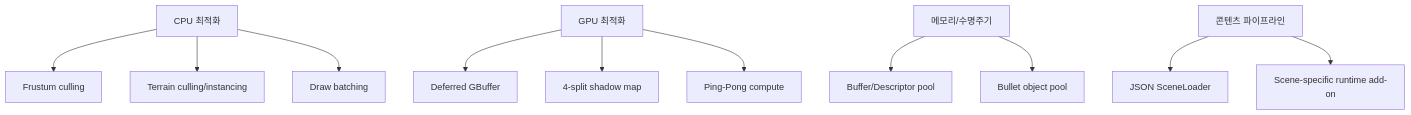
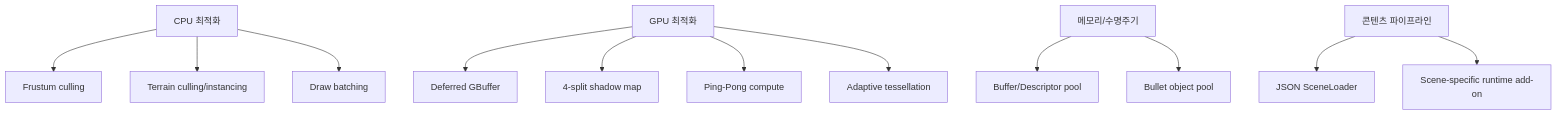
Diagram 25 of 25 in docs/CatchAndCook_Logic_Render_Analysis.md (jinhyeonseo01/CatchAndCook), drawn with Mermaid before and after one commit. The commit also changed other lines of this file and 1 other file, not shown here.

Commit message:
Flow 문서 정리

````diff
--- a/docs/CatchAndCook_Logic_Render_Analysis.md
+++ b/docs/CatchAndCook_Logic_Render_Analysis.md
@@ -837,16 +1075,17 @@
 ```mermaid
 flowchart TD
     A["CPU 최적화"] --> B["Frustum culling"]
     A --> C["Terrain culling/instancing"]
     A --> D["Draw batching"]
 
     E["GPU 최적화"] --> F["Deferred GBuffer"]
     E --> G["4-split shadow map"]
     E --> H["Ping-Pong compute"]
+    E --> O["Adaptive tessellation"]
 
     I["메모리/수명주기"] --> J["Buffer/Descriptor pool"]
     I --> K["Bullet object pool"]
 
     L["콘텐츠 파이프라인"] --> M["JSON SceneLoader"]
     L --> N["Scene-specific runtime add-on"]
 ```
````
